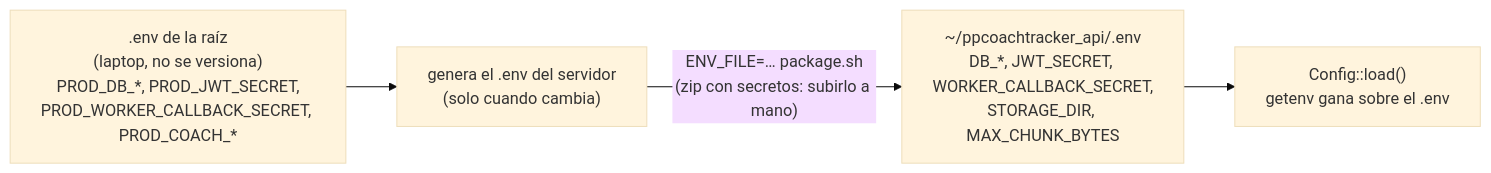
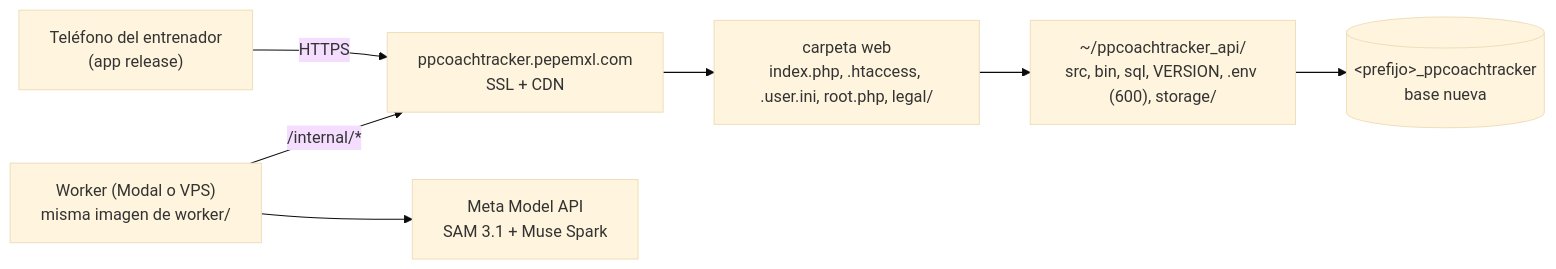
Before and after one commit to pepemxl/meta-ai-hackathon-2026: the second of 3 diagrams in docs/arquitectura/05-despliegue.md, drawn with Mermaid (base theme). The commit also changed other lines of this file and 16 other files, not shown here.

````diff
--- a/docs/arquitectura/05-despliegue.md
+++ b/docs/arquitectura/05-despliegue.md
@@ -52,10 +64,9 @@
 ```mermaid
 flowchart LR
-    envroot[".env de la raíz<br/>(laptop, no se versiona)<br/>PROD_DB_*, PROD_JWT_SECRET,<br/>PROD_WORKER_CALLBACK_SECRET, PROD_COACH_*"]
-    gen["genera el .env del servidor<br/>(solo cuando cambia)"]
-    srvenv["~/ppcoachtracker_api/.env<br/>DB_*, JWT_SECRET, WORKER_CALLBACK_SECRET,<br/>STORAGE_DIR, MAX_CHUNK_BYTES"]
-    cfg["Config::load()<br/>getenv gana sobre el .env"]
-
-    envroot --> gen -->|"ENV_FILE=… package.sh<br/>(zip con secretos: subirlo a mano)"| srvenv
-    srvenv --> cfg
+    phone["Teléfono del entrenador<br/>(app release)"] -->|HTTPS| sub["ppcoachtracker.pepemxl.com<br/>SSL + CDN"]
+    sub --> web["carpeta web<br/>index.php, .htaccess, .user.ini, root.php, legal/"]
+    web --> appdir["~/ppcoachtracker_api/<br/>src, bin, sql, VERSION, .env (600), storage/"]
+    appdir --> maria[("&lt;prefijo&gt;_ppcoachtracker<br/>base nueva")]
+    worker["Worker (Modal o VPS)<br/>misma imagen de worker/"] -->|"/internal/*"| sub
+    worker --> meta["Meta Model API<br/>SAM 3.1 + Muse Spark"]
 ```
````
